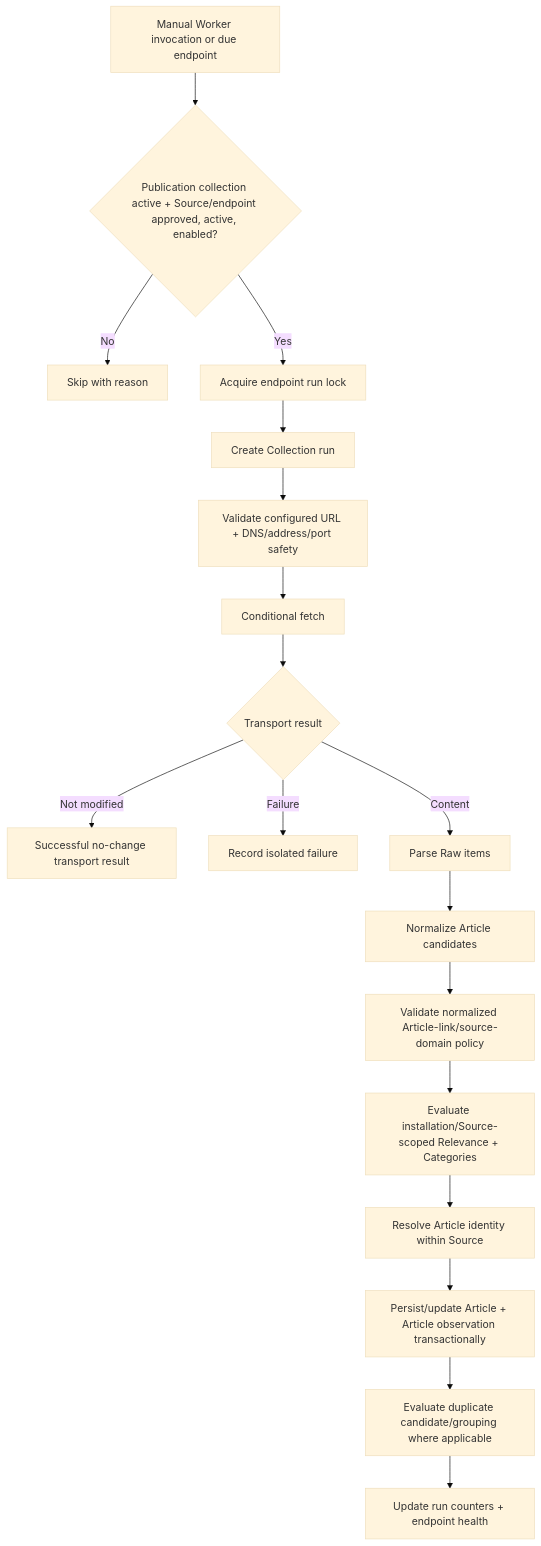
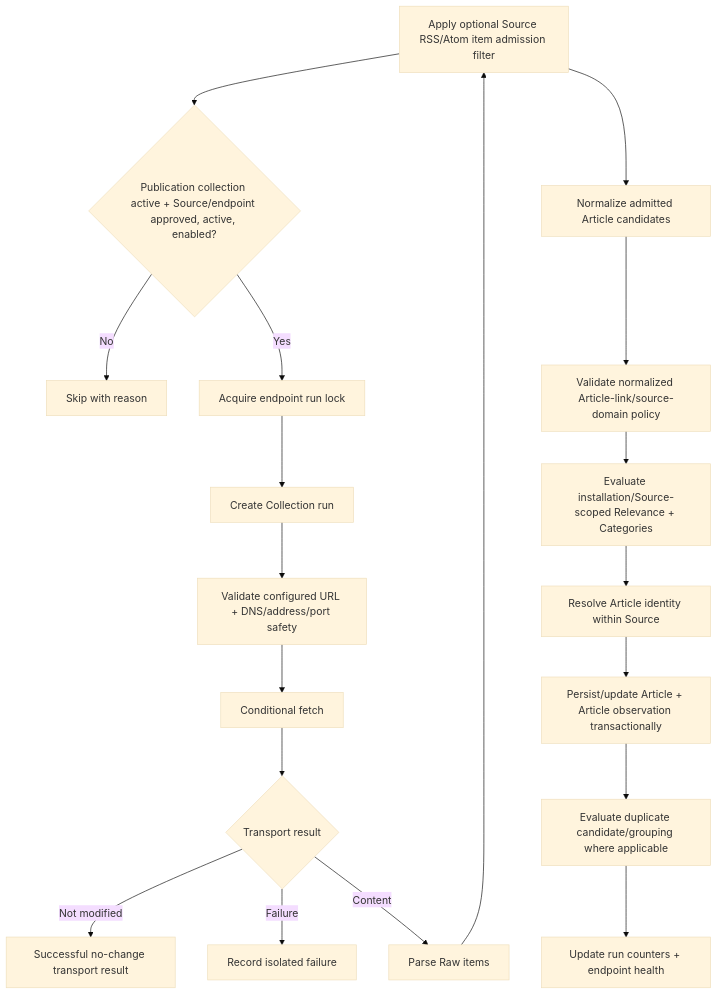
Before and after one commit to jfin602/news-scraper: the second of 2 diagrams in docs/architecture/system-architecture.md, drawn with Mermaid (base theme). The commit also changed other lines of this file and 12 other files, not shown here.

````diff
--- a/docs/architecture/system-architecture.md
+++ b/docs/architecture/system-architecture.md
@@ -136,20 +138,21 @@
 ```mermaid
 flowchart TD
     A[Manual Worker invocation or due endpoint] --> B{Publication collection active + Source/endpoint approved, active, enabled?}
     B -- No --> Z[Skip with reason]
     B -- Yes --> C[Acquire endpoint run lock]
     C --> R0[Create Collection run]
     R0 --> G[Validate configured URL + DNS/address/port safety]
     G --> D[Conditional fetch]
     D --> E{Transport result}
     E -- Not modified --> F[Successful no-change transport result]
     E -- Failure --> H[Record isolated failure]
     E -- Content --> I[Parse Raw items]
-    I --> J[Normalize Article candidates]
+    I --> A[Apply optional Source RSS/Atom item admission filter]
+    A --> J[Normalize admitted Article candidates]
     J --> K[Validate normalized Article-link/source-domain policy]
     K --> L[Evaluate installation/Source-scoped Relevance + Categories]
     L --> M[Resolve Article identity within Source]
     M --> N[Persist/update Article + Article observation transactionally]
     N --> O[Evaluate duplicate candidate/grouping where applicable]
     O --> P[Update run counters + endpoint health]
 ```
````
